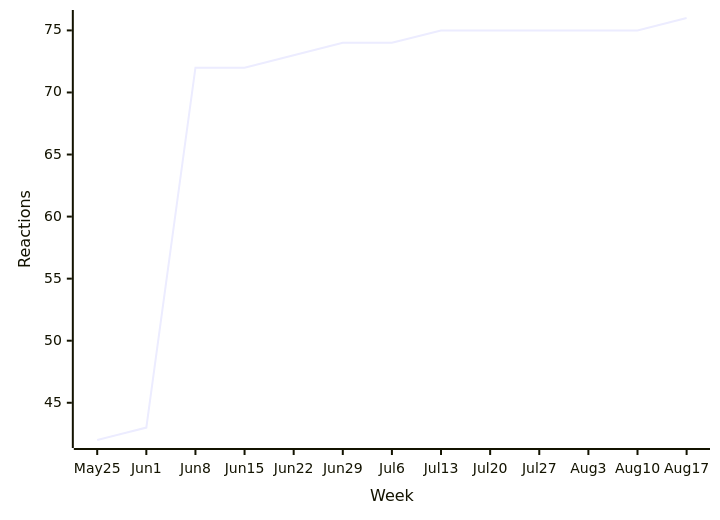
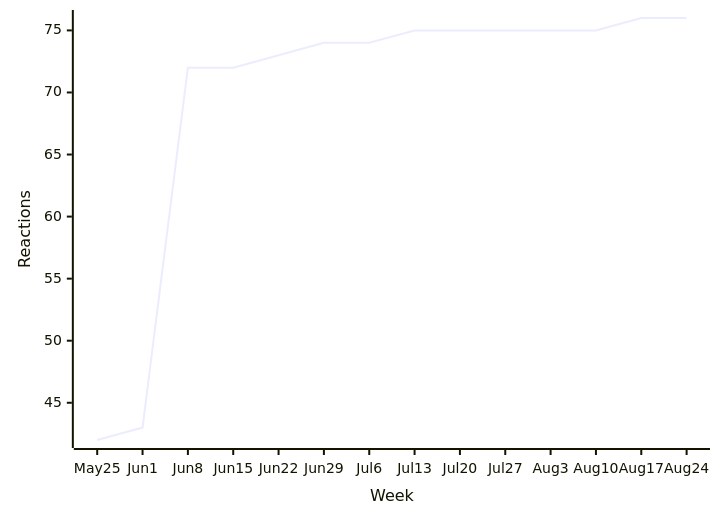
One commit to loic-sharma/github-insights changed the fourth of 38 diagrams in README.md. Above: the diagram before and after it, drawn with Mermaid. The commit also changed other lines of this file and 3 other files, not shown here.

````diff
--- a/README.md
+++ b/README.md
@@ -375,6 +375,6 @@
   ```mermaid
   xychart-beta
-    x-axis "Week" [May 25, Jun 1, Jun 8, Jun 15, Jun 22, Jun 29, Jul 6, Jul 13, Jul 20, Jul 27, Aug 3, Aug 10, Aug 17]
+    x-axis "Week" [May 25, Jun 1, Jun 8, Jun 15, Jun 22, Jun 29, Jul 6, Jul 13, Jul 20, Jul 27, Aug 3, Aug 10, Aug 17, Aug 24]
     y-axis "Reactions"
-    line [42, 43, 72, 72, 73, 74, 74, 75, 75, 75, 75, 75, 76]
+    line [42, 43, 72, 72, 73, 74, 74, 75, 75, 75, 75, 75, 76, 76]
   ```
````
